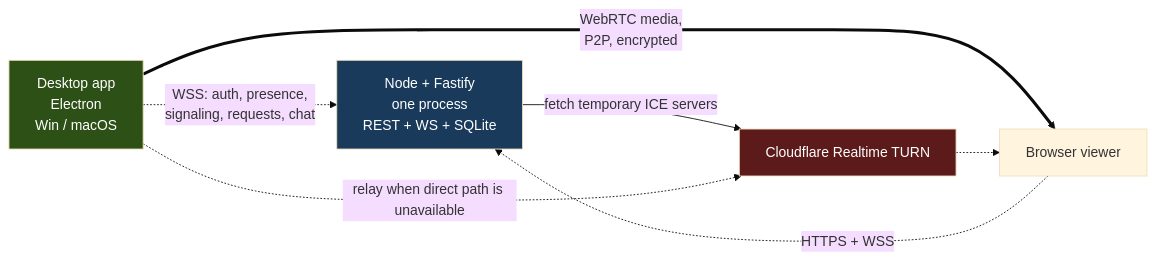
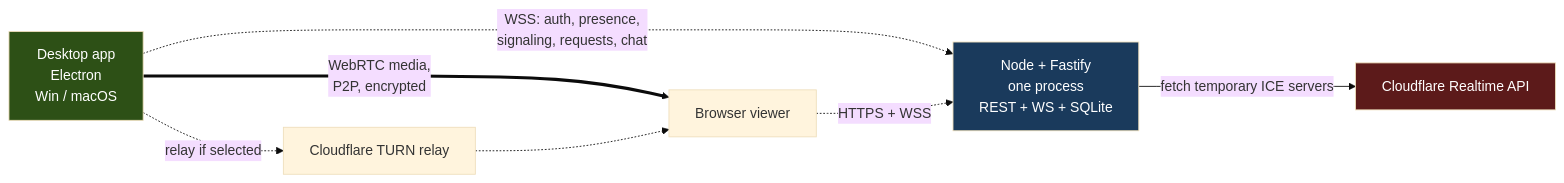
One commit to 0xyusufz/live-presence changed the first of 6 diagrams in docs/ARCHITECTURE.md. Above: the diagram before and after it, drawn with Mermaid (base theme). The commit also changed other lines of this file and 3 other files, not shown here.

Commit message:
docs: align Cloudflare TURN architecture

````diff
--- a/docs/ARCHITECTURE.md
+++ b/docs/ARCHITECTURE.md
@@ -9,13 +9,13 @@
 ```mermaid
 graph LR
     D["Desktop app<br/>Electron<br/>Win / macOS"] -.->|"WSS: auth, presence,<br/>signaling, requests, chat"| S
     V["Browser viewer"] -.->|"HTTPS + WSS"| S
     S["Node + Fastify<br/>one process<br/>REST + WS + SQLite"]
-    S -->|"fetch temporary ICE servers"| CF["Cloudflare Realtime TURN"]
+    S -->|"fetch temporary ICE servers"| CF["Cloudflare Realtime API"]
     D ==>|"WebRTC media,<br/>P2P, encrypted"| V
-    D -.->|"relay when direct path is unavailable"| CF
-    CF -.-> V
+    D -.->|"relay if selected"| T["Cloudflare TURN relay"]
+    T -.-> V
     style D fill:#2d5016,color:#fff
     style S fill:#1a3a5c,color:#fff
     style CF fill:#5c1a1a,color:#fff
 ```
````
